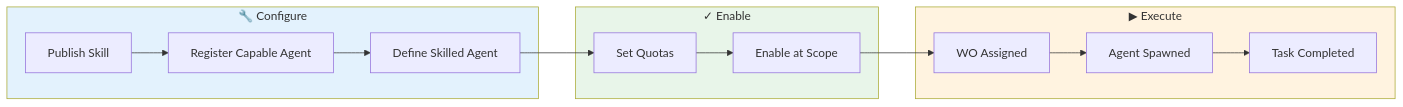
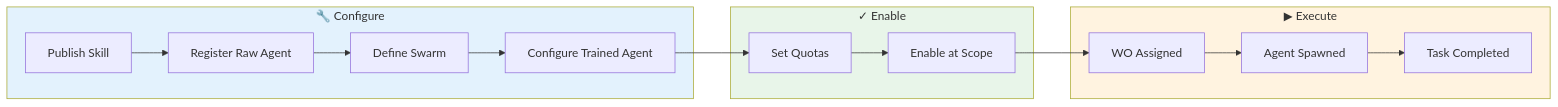
Before and after one commit to gramki/temp-website: the first of 2 diagrams in foundry/foundry-platform/agent-fabric/user-guide/agent-lifecycle.md, drawn with Mermaid. The commit also changed other lines of this file and 10 other files, not shown here.

First line of the commit message:
docs(agent-fabric): update guides with Swarm and terminology changes

````diff
--- a/foundry/foundry-platform/agent-fabric/user-guide/agent-lifecycle.md
+++ b/foundry/foundry-platform/agent-fabric/user-guide/agent-lifecycle.md
@@ -23,22 +23,23 @@
 ```mermaid
 flowchart LR
     subgraph Configure["🔧 Configure"]
-        A[Publish Skill] --> B[Register Capable Agent]
-        B --> C[Define Skilled Agent]
+        A[Publish Skill] --> B[Register Raw Agent]
+        B --> C[Define Swarm]
+        C --> D[Configure Trained Agent]
     end
     
     subgraph Enable["✓ Enable"]
-        C --> D[Set Quotas]
-        D --> E[Enable at Scope]
+        D --> E[Set Quotas]
+        E --> F[Enable at Scope]
     end
     
     subgraph Execute["▶ Execute"]
-        E --> F[WO Assigned]
-        F --> G[Agent Spawned]
-        G --> H[Task Completed]
+        F --> G[WO Assigned]
+        G --> H[Agent Spawned]
+        H --> I[Task Completed]
     end
     
     style Configure fill:#e3f2fd
     style Enable fill:#e8f5e9
     style Execute fill:#fff3e0
 ```
````
